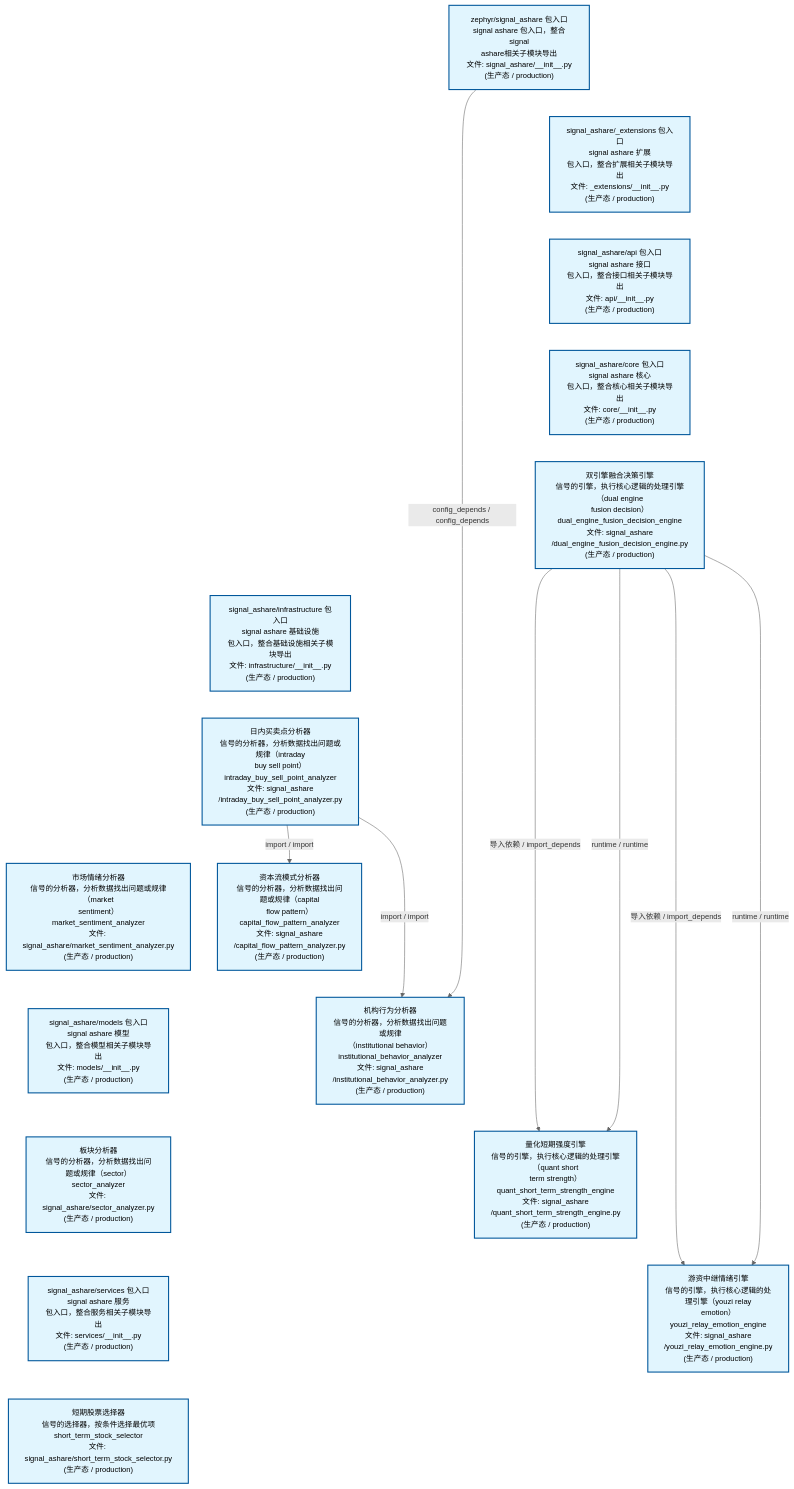
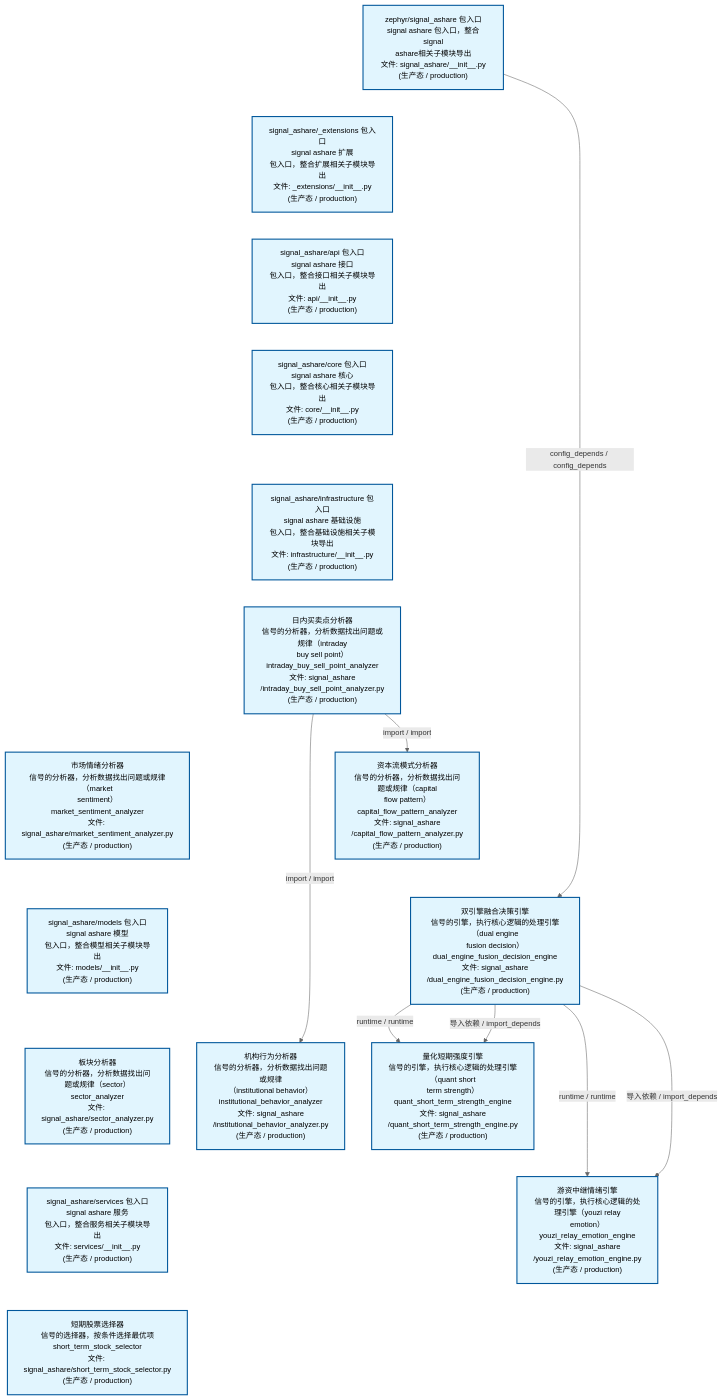
The second of 4 diagrams in docs/02_enterprise_architecture/02_domain_architecture_docs/32_d_ashare_signal.md (xuanFelixVan/ZephyrAlpha), drawn with Mermaid before and after one commit. The commit also changed other lines of this file and 157 other files, not shown here.

````diff
--- a/docs/02_enterprise_architecture/02_domain_architecture_docs/32_d_ashare_signal.md
+++ b/docs/02_enterprise_architecture/02_domain_architecture_docs/32_d_ashare_signal.md
@@ -163,46 +163,45 @@
 ```mermaid
 %%{init: {'theme': 'base', 'themeVariables': {'primaryColor': '#eaeaea', 'primaryTextColor': '#333333', 'primaryBorderColor': '#666666', 'lineColor': '#666666', 'secondaryColor': '#eaeaea', 'tertiaryColor': '#eaeaea', 'fontSize': '14px'}}}%%
 flowchart TD
     src_zephyr_signal_ashare_init_py["zephyr/signal_ashare 包入口<br/>signal ashare 包入口，整合signal<br/>ashare相关子模块导出<br/>文件: signal_ashare/__init__.py<br/>(生产态 / production)"]
     src_zephyr_signal_ashare_extensions_init_py["signal_ashare/_extensions 包入口<br/>signal ashare 扩展<br/>包入口，整合扩展相关子模块导出<br/>文件: _extensions/__init__.py<br/>(生产态 / production)"]
     src_zephyr_signal_ashare_api_init_py["signal_ashare/api 包入口<br/>signal ashare 接口<br/>包入口，整合接口相关子模块导出<br/>文件: api/__init__.py<br/>(生产态 / production)"]
     src_zephyr_signal_ashare_core_init_py["signal_ashare/core 包入口<br/>signal ashare 核心<br/>包入口，整合核心相关子模块导出<br/>文件: core/__init__.py<br/>(生产态 / production)"]
-    src_zephyr_signal_ashare_dual_engine_fusion_decision_engine_py["双引擎融合决策引擎<br/>信号的引擎，执行核心逻辑的处理引擎（dual engine<br/>fusion decision）<br/>dual_engine_fusion_decision_engine<br/>文件: signal_ashare<br/>/dual_engine_fusion_decision_engine.py<br/>(生产态 / production)"]
     src_zephyr_signal_ashare_infrastructure_init_py["signal_ashare/infrastructure 包入口<br/>signal ashare 基础设施<br/>包入口，整合基础设施相关子模块导出<br/>文件: infrastructure/__init__.py<br/>(生产态 / production)"]
     src_zephyr_signal_ashare_intraday_buy_sell_point_analyzer_py["日内买卖点分析器<br/>信号的分析器，分析数据找出问题或规律（intraday<br/>buy sell point）<br/>intraday_buy_sell_point_analyzer<br/>文件: signal_ashare<br/>/intraday_buy_sell_point_analyzer.py<br/>(生产态 / production)"]
     src_zephyr_signal_ashare_market_sentiment_analyzer_py["市场情绪分析器<br/>信号的分析器，分析数据找出问题或规律（market<br/>sentiment）<br/>market_sentiment_analyzer<br/>文件: signal_ashare/market_sentiment_analyzer.py<br/>(生产态 / production)"]
     src_zephyr_signal_ashare_models_init_py["signal_ashare/models 包入口<br/>signal ashare 模型<br/>包入口，整合模型相关子模块导出<br/>文件: models/__init__.py<br/>(生产态 / production)"]
     src_zephyr_signal_ashare_sector_analyzer_py["板块分析器<br/>信号的分析器，分析数据找出问题或规律（sector）<br/>sector_analyzer<br/>文件: signal_ashare/sector_analyzer.py<br/>(生产态 / production)"]
     src_zephyr_signal_ashare_services_init_py["signal_ashare/services 包入口<br/>signal ashare 服务<br/>包入口，整合服务相关子模块导出<br/>文件: services/__init__.py<br/>(生产态 / production)"]
     src_zephyr_signal_ashare_short_term_stock_selector_py["短期股票选择器<br/>信号的选择器，按条件选择最优项<br/>short_term_stock_selector<br/>文件: signal_ashare/short_term_stock_selector.py<br/>(生产态 / production)"]
     src_zephyr_signal_ashare_init_py ~~~ src_zephyr_signal_ashare_extensions_init_py
     src_zephyr_signal_ashare_extensions_init_py ~~~ src_zephyr_signal_ashare_api_init_py
     src_zephyr_signal_ashare_api_init_py ~~~ src_zephyr_signal_ashare_core_init_py
-    src_zephyr_signal_ashare_core_init_py ~~~ src_zephyr_signal_ashare_dual_engine_fusion_decision_engine_py
-    src_zephyr_signal_ashare_dual_engine_fusion_decision_engine_py ~~~ src_zephyr_signal_ashare_infrastructure_init_py
+    src_zephyr_signal_ashare_core_init_py ~~~ src_zephyr_signal_ashare_infrastructure_init_py
     src_zephyr_signal_ashare_infrastructure_init_py ~~~ src_zephyr_signal_ashare_intraday_buy_sell_point_analyzer_py
     src_zephyr_signal_ashare_intraday_buy_sell_point_analyzer_py ~~~ src_zephyr_signal_ashare_market_sentiment_analyzer_py
     src_zephyr_signal_ashare_market_sentiment_analyzer_py ~~~ src_zephyr_signal_ashare_models_init_py
     src_zephyr_signal_ashare_models_init_py ~~~ src_zephyr_signal_ashare_sector_analyzer_py
     src_zephyr_signal_ashare_sector_analyzer_py ~~~ src_zephyr_signal_ashare_services_init_py
     src_zephyr_signal_ashare_services_init_py ~~~ src_zephyr_signal_ashare_short_term_stock_selector_py
     src_zephyr_signal_ashare_capital_flow_pattern_analyzer_py["资本流模式分析器<br/>信号的分析器，分析数据找出问题或规律（capital<br/>flow pattern）<br/>capital_flow_pattern_analyzer<br/>文件: signal_ashare<br/>/capital_flow_pattern_analyzer.py<br/>(生产态 / production)"]
+    src_zephyr_signal_ashare_dual_engine_fusion_decision_engine_py["双引擎融合决策引擎<br/>信号的引擎，执行核心逻辑的处理引擎（dual engine<br/>fusion decision）<br/>dual_engine_fusion_decision_engine<br/>文件: signal_ashare<br/>/dual_engine_fusion_decision_engine.py<br/>(生产态 / production)"]
     src_zephyr_signal_ashare_institutional_behavior_analyzer_py["机构行为分析器<br/>信号的分析器，分析数据找出问题或规律<br/>（institutional behavior）<br/>institutional_behavior_analyzer<br/>文件: signal_ashare<br/>/institutional_behavior_analyzer.py<br/>(生产态 / production)"]
+    src_zephyr_signal_ashare_capital_flow_pattern_analyzer_py ~~~ src_zephyr_signal_ashare_dual_engine_fusion_decision_engine_py
+    src_zephyr_signal_ashare_dual_engine_fusion_decision_engine_py ~~~ src_zephyr_signal_ashare_institutional_behavior_analyzer_py
     src_zephyr_signal_ashare_quant_short_term_strength_engine_py["量化短期强度引擎<br/>信号的引擎，执行核心逻辑的处理引擎（quant short<br/>term strength）<br/>quant_short_term_strength_engine<br/>文件: signal_ashare<br/>/quant_short_term_strength_engine.py<br/>(生产态 / production)"]
     src_zephyr_signal_ashare_youzi_relay_emotion_engine_py["游资中继情绪引擎<br/>信号的引擎，执行核心逻辑的处理引擎（youzi relay<br/>emotion）<br/>youzi_relay_emotion_engine<br/>文件: signal_ashare<br/>/youzi_relay_emotion_engine.py<br/>(生产态 / production)"]
-    src_zephyr_signal_ashare_capital_flow_pattern_analyzer_py ~~~ src_zephyr_signal_ashare_institutional_behavior_analyzer_py
-    src_zephyr_signal_ashare_institutional_behavior_analyzer_py ~~~ src_zephyr_signal_ashare_quant_short_term_strength_engine_py
     src_zephyr_signal_ashare_quant_short_term_strength_engine_py ~~~ src_zephyr_signal_ashare_youzi_relay_emotion_engine_py
+    src_zephyr_signal_ashare_dual_engine_fusion_decision_engine_py -->|runtime / runtime| src_zephyr_signal_ashare_youzi_relay_emotion_engine_py
+    src_zephyr_signal_ashare_dual_engine_fusion_decision_engine_py -->|导入依赖 / import_depends| src_zephyr_signal_ashare_youzi_relay_emotion_engine_py
+    src_zephyr_signal_ashare_dual_engine_fusion_decision_engine_py -->|runtime / runtime| src_zephyr_signal_ashare_quant_short_term_strength_engine_py
     src_zephyr_signal_ashare_dual_engine_fusion_decision_engine_py -->|导入依赖 / import_depends| src_zephyr_signal_ashare_quant_short_term_strength_engine_py
-    src_zephyr_signal_ashare_dual_engine_fusion_decision_engine_py -->|runtime / runtime| src_zephyr_signal_ashare_quant_short_term_strength_engine_py
-    src_zephyr_signal_ashare_dual_engine_fusion_decision_engine_py -->|导入依赖 / import_depends| src_zephyr_signal_ashare_youzi_relay_emotion_engine_py
-    src_zephyr_signal_ashare_dual_engine_fusion_decision_engine_py -->|runtime / runtime| src_zephyr_signal_ashare_youzi_relay_emotion_engine_py
+    src_zephyr_signal_ashare_intraday_buy_sell_point_analyzer_py -->|import / import| src_zephyr_signal_ashare_capital_flow_pattern_analyzer_py
     src_zephyr_signal_ashare_intraday_buy_sell_point_analyzer_py -->|import / import| src_zephyr_signal_ashare_institutional_behavior_analyzer_py
-    src_zephyr_signal_ashare_intraday_buy_sell_point_analyzer_py -->|import / import| src_zephyr_signal_ashare_capital_flow_pattern_analyzer_py
-    src_zephyr_signal_ashare_init_py -->|config_depends / config_depends| src_zephyr_signal_ashare_institutional_behavior_analyzer_py
+    src_zephyr_signal_ashare_init_py -->|config_depends / config_depends| src_zephyr_signal_ashare_dual_engine_fusion_decision_engine_py
     classDef production fill:#e1f5fe,stroke:#01579b,stroke-width:2px,color:#000
     classDef design fill:#fff3e0,stroke:#e65100,stroke-width:2px,color:#000,stroke-dasharray: 5 5
     classDef external_prod fill:#e8f4fd,stroke:#0277bd,stroke-width:1px,color:#000
     classDef external_design fill:#fff8e7,stroke:#ef6c00,stroke-width:1px,color:#000,stroke-dasharray: 5 5
     class src_zephyr_signal_ashare_init_py,src_zephyr_signal_ashare_extensions_init_py,src_zephyr_signal_ashare_api_init_py,src_zephyr_signal_ashare_capital_flow_pattern_analyzer_py,src_zephyr_signal_ashare_core_init_py,src_zephyr_signal_ashare_dual_engine_fusion_decision_engine_py,src_zephyr_signal_ashare_infrastructure_init_py,src_zephyr_signal_ashare_institutional_behavior_analyzer_py,src_zephyr_signal_ashare_intraday_buy_sell_point_analyzer_py,src_zephyr_signal_ashare_market_sentiment_analyzer_py,src_zephyr_signal_ashare_models_init_py,src_zephyr_signal_ashare_quant_short_term_strength_engine_py,src_zephyr_signal_ashare_sector_analyzer_py,src_zephyr_signal_ashare_services_init_py,src_zephyr_signal_ashare_short_term_stock_selector_py,src_zephyr_signal_ashare_youzi_relay_emotion_engine_py production
 ```
````
